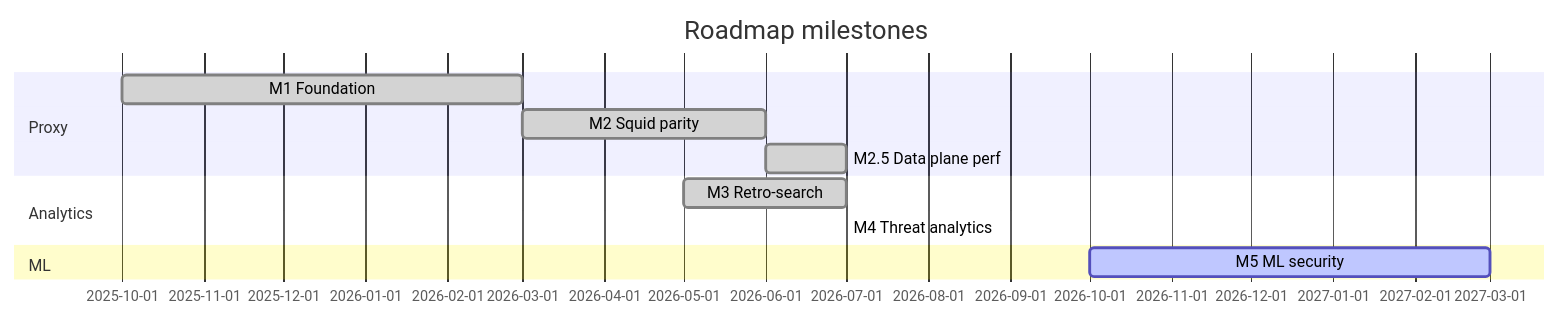
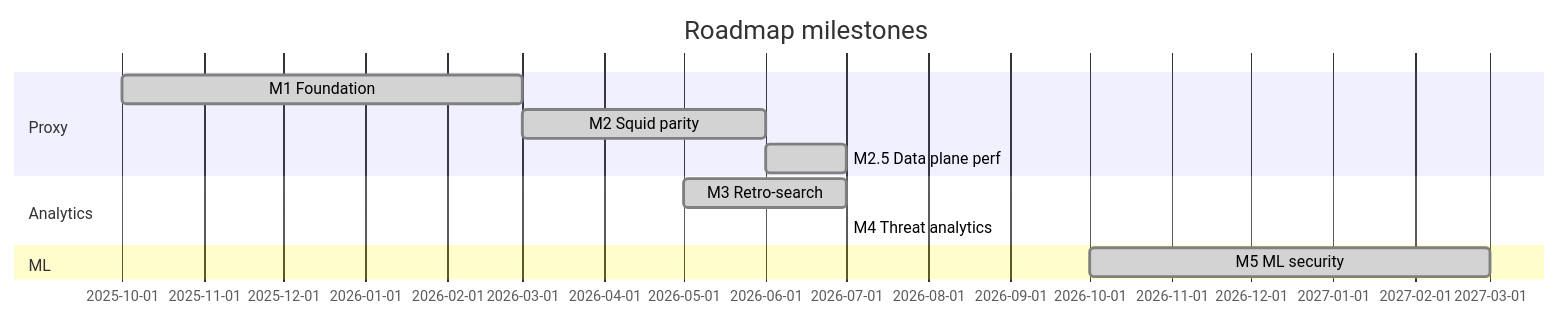
The diagram in docs/roadmap.md (onixus/bsdm-proxy), drawn with Mermaid before and after one commit. The commit also changed other lines of this file and 11 other files, not shown here.

````diff
--- a/docs/roadmap.md
+++ b/docs/roadmap.md
@@ -30,14 +30,14 @@
 ```mermaid
 gantt
   title Roadmap milestones
   dateFormat YYYY-MM
   section Proxy
   M1 Foundation           :done, m1, 2025-10, 2026-03
   M2 Squid parity         :done, m2, 2026-03, 2026-06
   M2.5 Data plane perf    :done, m25, 2026-06, 2026-07
   section Analytics
   M3 Retro-search         :done, m3, 2026-05, 2026-07
   M4 Threat analytics     :done, m4, 2026-07, 2026-07
   section ML
-  M5 ML security          :active, m5, 2026-10, 2027-03
+  M5 ML security          :done, m5, 2026-10, 2027-03
 ```
````
